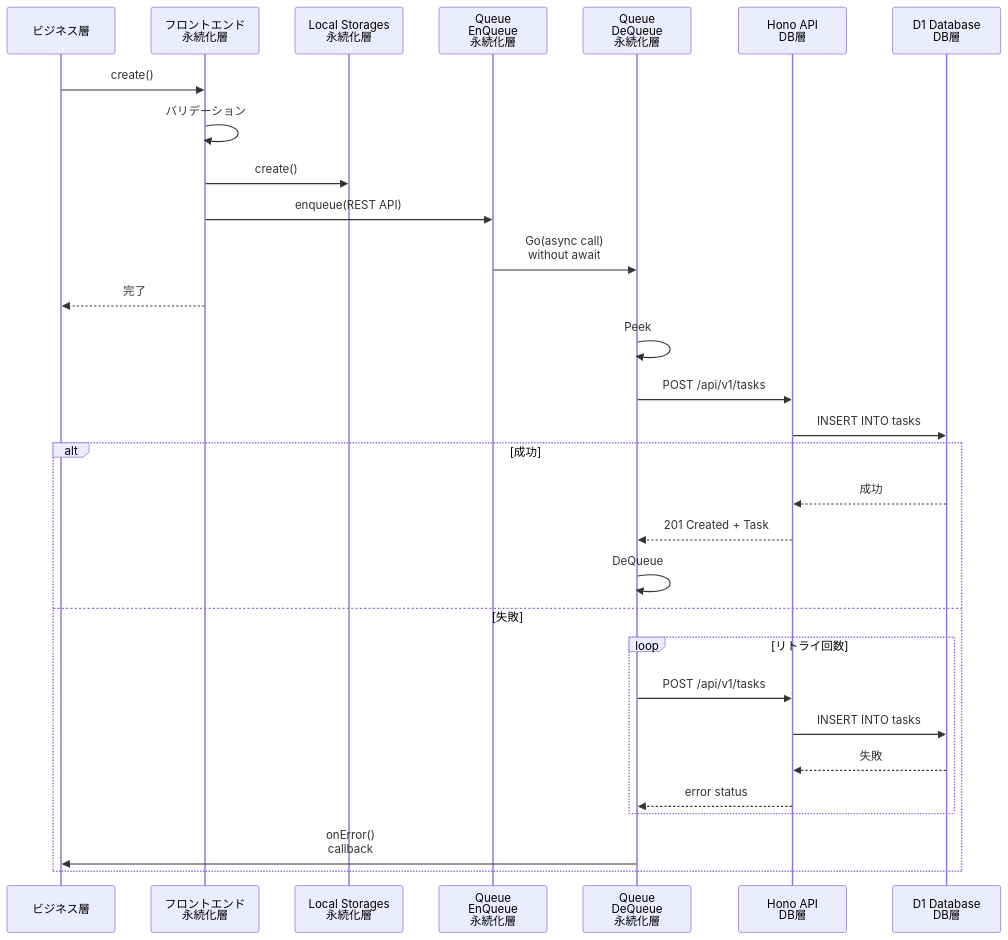
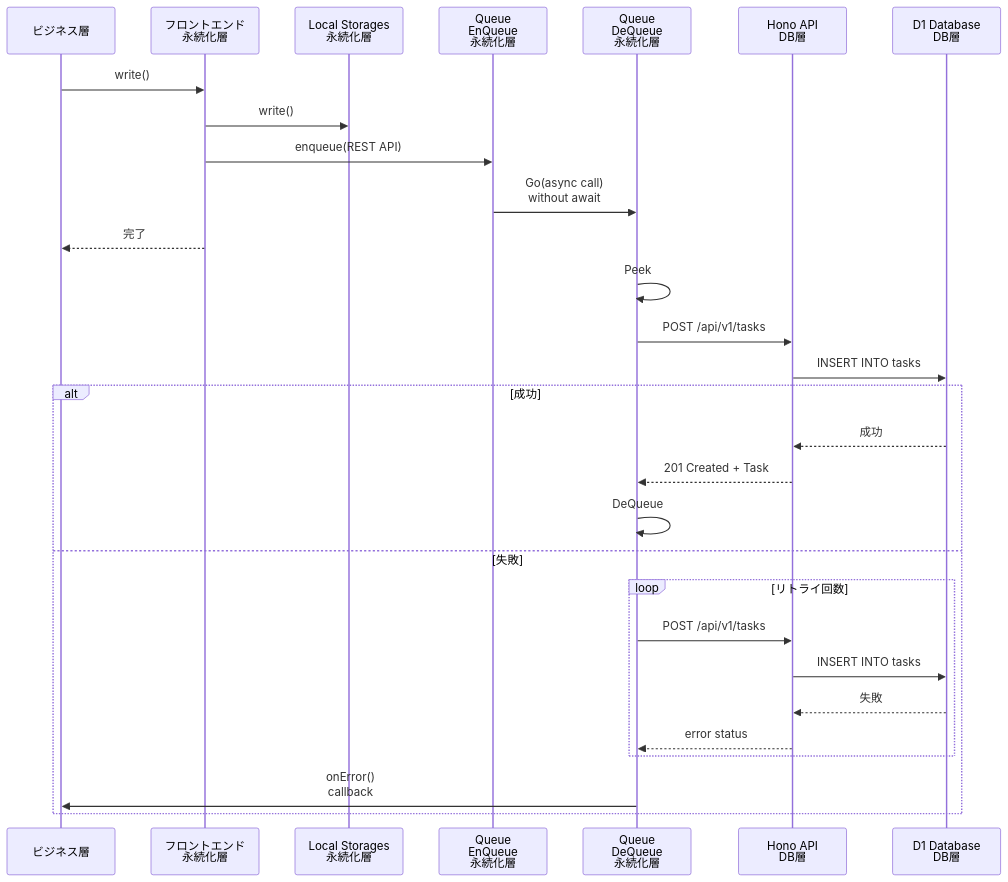
Before and after one commit to osawa-naotaka/vanishtodo: the third of 3 diagrams in doc/05_04_PERSISTENT_SPEC.md, drawn with Mermaid. The commit also changed other lines of this file and 1 other file, not shown here.

Commit message:
微修正

````diff
--- a/doc/05_04_PERSISTENT_SPEC.md
+++ b/doc/05_04_PERSISTENT_SPEC.md
@@ -85,35 +84,34 @@
 ```mermaid
 sequenceDiagram
     participant Business as ビジネス層
     participant Front as フロントエンド<br>永続化層
     participant Local as Local Storages<br>永続化層
     participant EnQueue as Queue<br>EnQueue<br>永続化層
     participant DeQueue as Queue<br>DeQueue<br>永続化層
     participant API as Hono API<br>DB層
     participant DB as D1 Database<br>DB層
     
-    Business->>Front: create()
-    Front->>Front: バリデーション
-    Front->>Local: create()
+    Business->>Front: write()
+    Front->>Local: write()
     Front->>EnQueue: enqueue(REST API)
     EnQueue->>DeQueue: Go(async call)<br>without await
     Front-->>Business: 完了
     
     DeQueue->>DeQueue: Peek
     DeQueue->>API: POST /api/v1/tasks
     API->>DB: INSERT INTO tasks
 
     alt 成功
         DB-->>API: 成功
         API-->>DeQueue: 201 Created + Task
         DeQueue->>DeQueue: DeQueue
     else 失敗
         loop リトライ回数
             DeQueue->>API: POST /api/v1/tasks
             API->>DB: INSERT INTO tasks
             DB-->>API: 失敗
             API-->>DeQueue: error status
         end
         DeQueue->>Business: onError()<br>callback
     end
 ```
````
